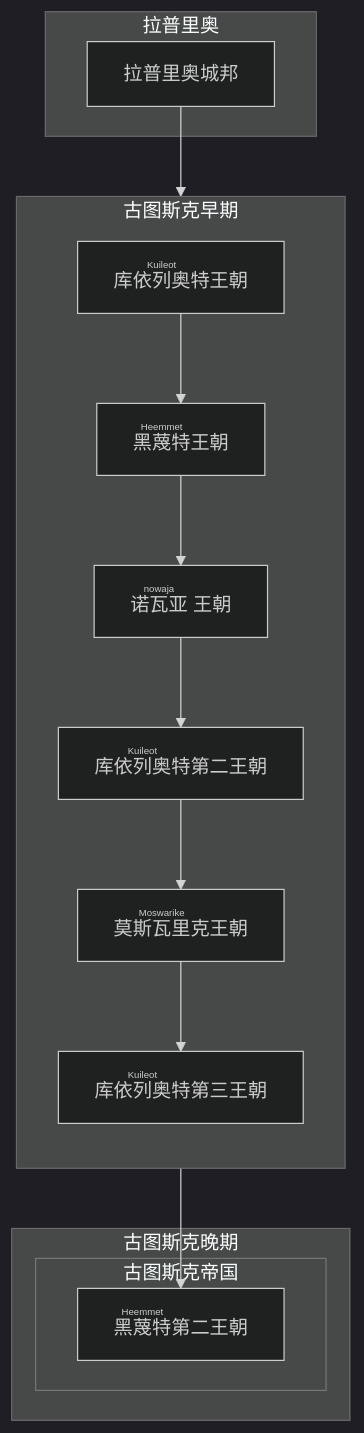
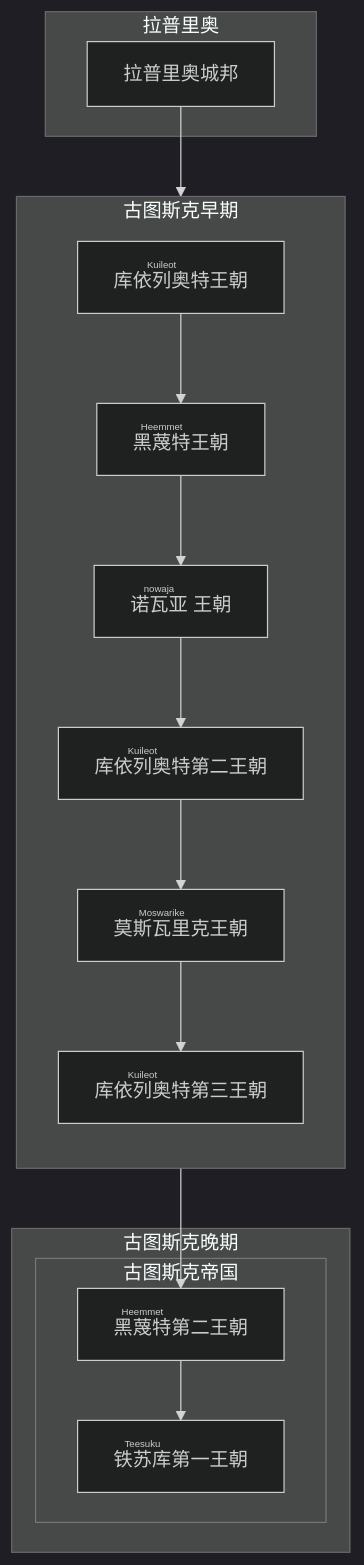
Before and after one commit to PhychiasLokDansk/Laaerad: the diagram in docs/拉埃拉德/图斯克/图斯克.md, drawn with Mermaid. The commit also changed other lines of this file and 3 other files, not shown here.

````diff
--- a/docs/拉埃拉德/图斯克/图斯克.md
+++ b/docs/拉埃拉德/图斯克/图斯克.md
@@ -44,22 +44,23 @@
 ```mermaid 
 %%{init: { 'logLevel': 'debug', 'theme': 'dark' } }%%
 graph TB
 	subgraph 古图斯克早期
 		direction TB
 		A[<ruby>库依列奥特<rt>Kuileot</rt></ruby>王朝]
 		A --> B[<ruby>黑蔑特<rt>Heemmet</rt></ruby>王朝]
 		B --> C[<ruby>诺瓦亚<rt>nowaja</rt> </ruby>王朝]
 		C --> D[<ruby>库依列奥特<rt>Kuileot</rt></ruby>第二王朝]
 		D --> F[<ruby>莫斯瓦里克<rt>Moswarike</rt></ruby>王朝]
 		F --> G[<ruby>库依列奥特<rt>Kuileot</rt></ruby>第三王朝]
 	end
 	subgraph 拉普里奥
 		E[拉普里奥城邦] --> C
 	end
 	subgraph 古图斯克晚期
 		subgraph 古图斯克帝国
 			H[<ruby>黑蔑特<rt>Heemmet</rt></ruby>第二王朝]
+			H --> J[<ruby>铁苏库<rt>Teesuku</rt></ruby>第一王朝]
 		end
 	end
 	G --> H
 ```
````
